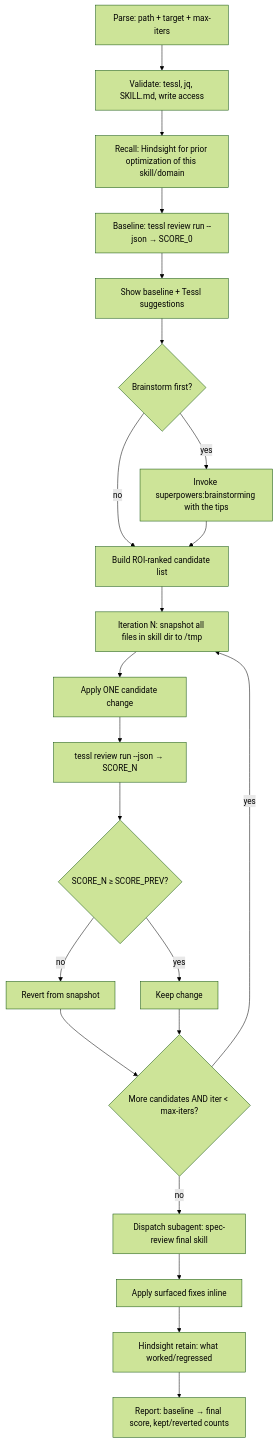
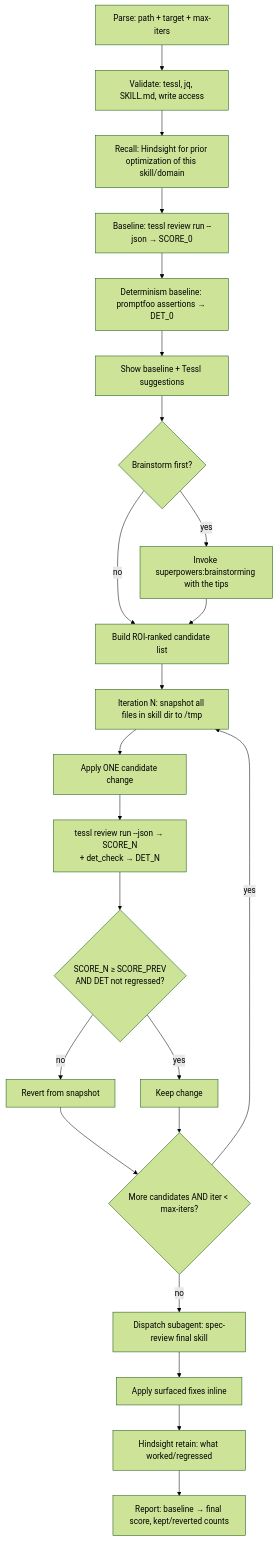
Before and after one commit to AndreJorgeLopes/proof-of-skill: the diagram in skills/optimize-skill/SKILL.md, drawn with Mermaid (forest theme). The commit also changed other lines of this file, not shown here.

First line of the commit message:
feat(optimize-skill): add determinism co-gate + default to single-pass

````diff
--- a/skills/optimize-skill/SKILL.md
+++ b/skills/optimize-skill/SKILL.md
@@ -31,24 +33,25 @@
 ```mermaid
 flowchart TD
     A[Parse: path + target + max-iters] --> B[Validate: tessl, jq, SKILL.md, write access]
     B --> C[Recall: Hindsight for prior optimization of this skill/domain]
     C --> D[Baseline: tessl review run --json → SCORE_0]
-    D --> E[Show baseline + Tessl suggestions]
+    D --> D2[Determinism baseline: promptfoo assertions → DET_0]
+    D2 --> E[Show baseline + Tessl suggestions]
     E --> F{Brainstorm first?}
     F -->|yes| G[Invoke superpowers:brainstorming with the tips]
     F -->|no| H[Build ROI-ranked candidate list]
     G --> H
     H --> I[Iteration N: snapshot all files in skill dir to /tmp]
     I --> J[Apply ONE candidate change]
-    J --> K[tessl review run --json → SCORE_N]
-    K --> L{SCORE_N ≥ SCORE_PREV?}
+    J --> K[tessl review run --json → SCORE_N\n+ det_check → DET_N]
+    K --> L{SCORE_N ≥ SCORE_PREV\nAND DET not regressed?}
     L -->|no| M[Revert from snapshot]
     L -->|yes| N[Keep change]
     M --> O{More candidates AND iter < max-iters?}
     N --> O
     O -->|yes| I
     O -->|no| P[Dispatch subagent: spec-review final skill]
     P --> Q[Apply surfaced fixes inline]
     Q --> R[Hindsight retain: what worked/regressed]
     R --> S[Report: baseline → final score, kept/reverted counts]
 ```
````
